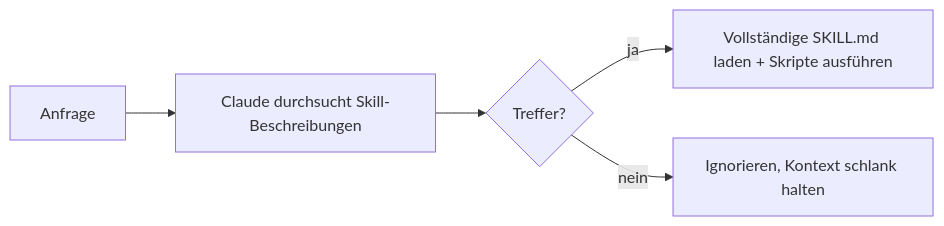
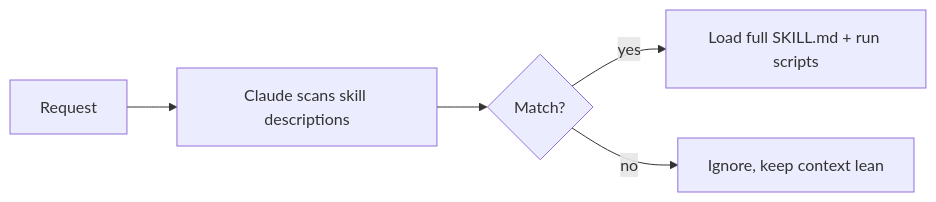
Before and after one commit to derob98/ailmanac: the diagram in i18n/de/docusaurus-plugin-content-docs/current/claude-code/skills.mdx, drawn with Mermaid. The commit also changed other lines of this file and 5 other files, not shown here.

````diff
--- a/i18n/de/docusaurus-plugin-content-docs/current/claude-code/skills.mdx
+++ b/i18n/de/docusaurus-plugin-content-docs/current/claude-code/skills.mdx
@@ -36,7 +38,7 @@
 ```mermaid
 flowchart LR
-  A[Anfrage] --> B[Claude durchsucht Skill-Beschreibungen]
-  B --> C{Treffer?}
-  C -->|ja| D[Vollständige SKILL.md laden + Skripte ausführen]
-  C -->|nein| E[Ignorieren, Kontext schlank halten]
+  A[Request] --> B[Claude scans skill descriptions]
+  B --> C{Match?}
+  C -->|yes| D[Load full SKILL.md + run scripts]
+  C -->|no| E[Ignore, keep context lean]
 ```
````
